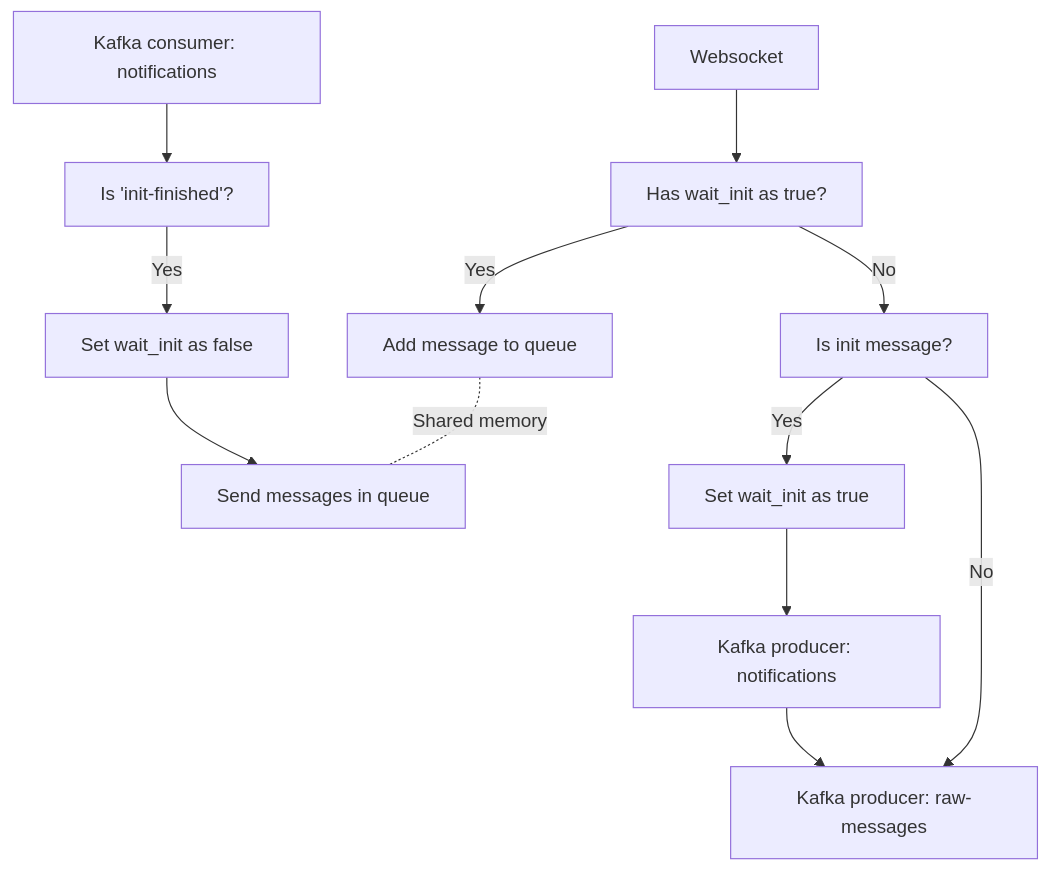
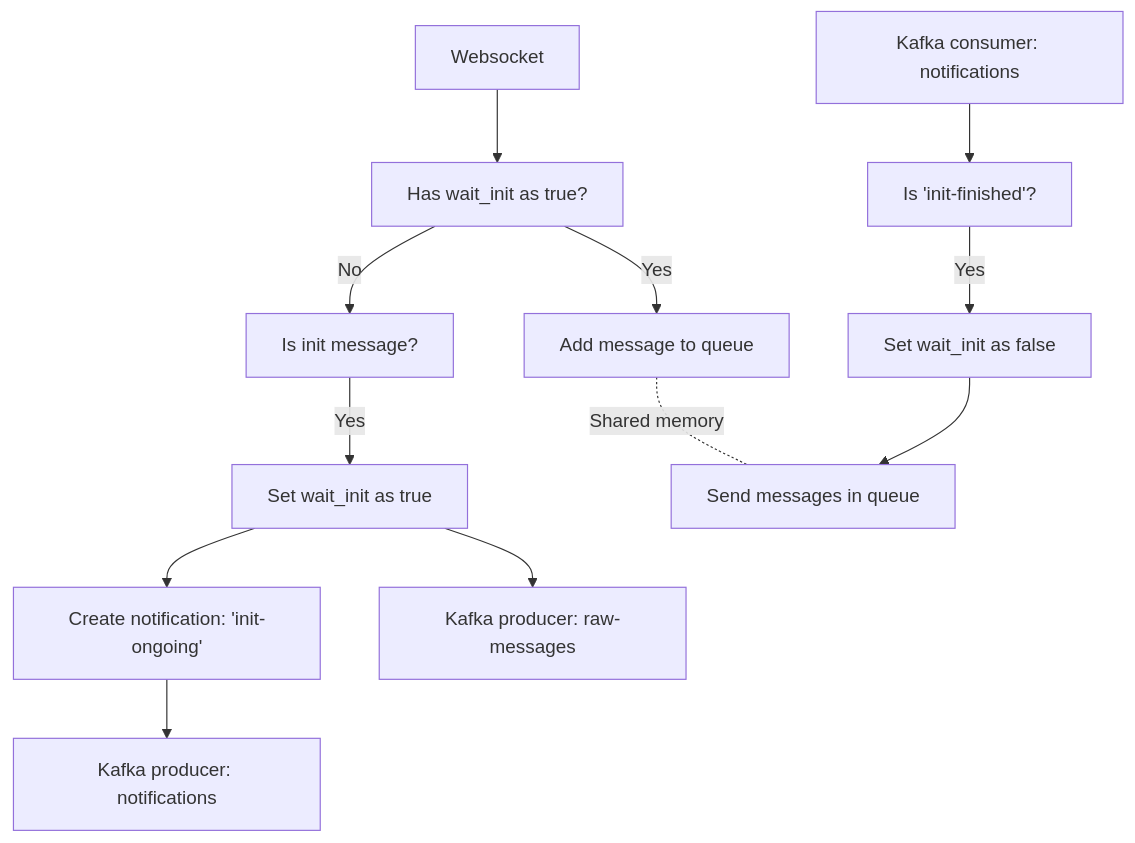
One commit to DimasDMM/live-timing-strategy changed the first of 3 diagrams in lts-pipeline/README.md. Above: the diagram before and after it, drawn with Mermaid. The commit also changed other lines of this file and 19 other files, not shown here.

````diff
--- a/lts-pipeline/README.md
+++ b/lts-pipeline/README.md
@@ -54,15 +54,15 @@
 ```mermaid
 graph TD;
   A[Websocket] --> B[Has wait_init as true?];
   B -- Yes --> F[Add message to queue]
   B -- No --> C[Is init message?]
   C -- Yes --> D[Set wait_init as true]
-  D --> E[Kafka producer: notifications]
-  E --> G[Kafka producer: raw-messages]
-  C -- No --> G
+  D --> E[Create notification: 'init-ongoing']
+  E --> L[Kafka producer: notifications]
+  D --> G[Kafka producer: raw-messages]
 
   H[Kafka consumer: notifications] --> I[Is 'init-finished'?]
   I -- Yes --> J[Set wait_init as false]
   J --> K[Send messages in queue]
   F -. Shared memory .- K
 ```
````
